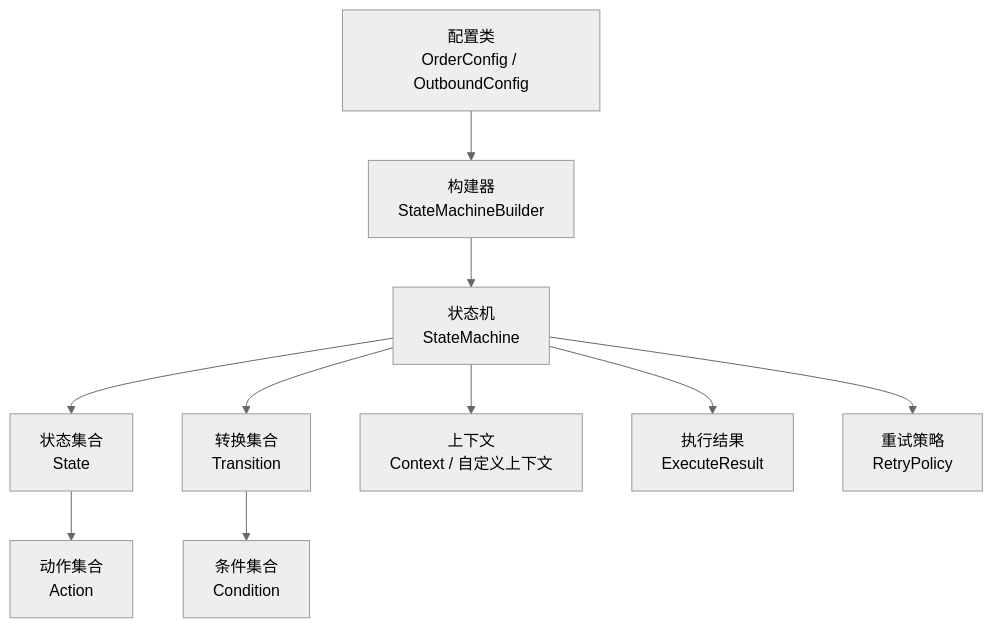
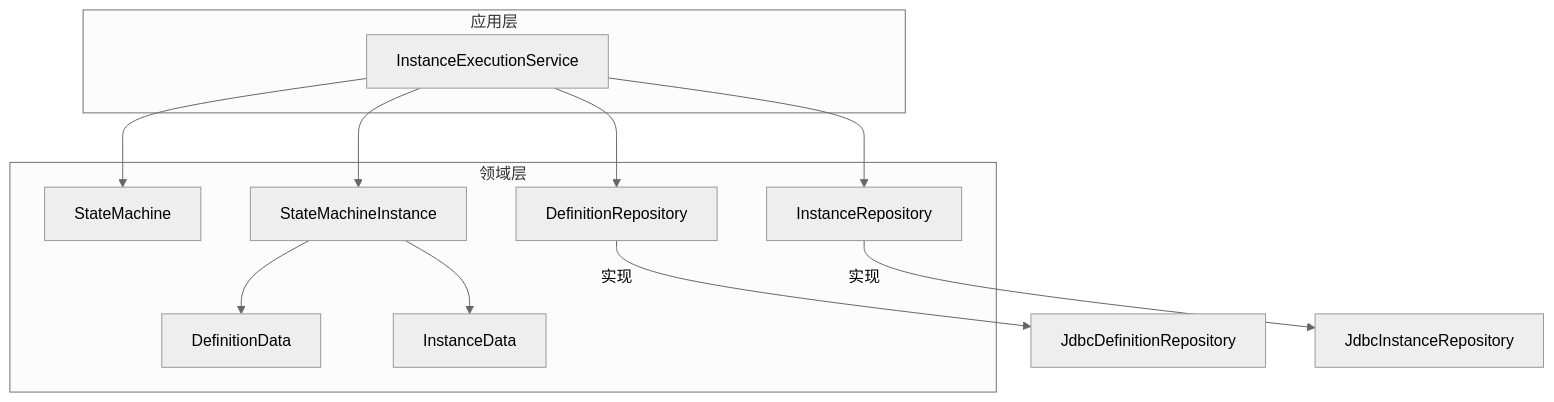
One commit to xiaoche80s-tech/state-machine-parent changed the second of 7 diagrams in .qoder/repowiki/zh/content/核心概念/核心概念.md. Above: the diagram before and after it, drawn with Mermaid (neutral theme). The commit also changed other lines of this file and 97 other files, not shown here.

````diff
--- a/.qoder/repowiki/zh/content/核心概念/核心概念.md
+++ b/.qoder/repowiki/zh/content/核心概念/核心概念.md
@@ -135,22 +116,22 @@
 ```mermaid
 graph TB
-CFG["配置类<br/>OrderConfig / OutboundConfig"]
-BUILDER["构建器<br/>StateMachineBuilder"]
-MACHINE["状态机<br/>StateMachine"]
-STATES["状态集合<br/>State"]
-TRANS["转换集合<br/>Transition"]
-CTX["上下文<br/>Context / 自定义上下文"]
-ACTS["动作集合<br/>Action"]
-CONDS["条件集合<br/>Condition"]
-RESULT["执行结果<br/>ExecuteResult"]
-RETRY["重试策略<br/>RetryPolicy"]
-CFG --> BUILDER
-BUILDER --> MACHINE
-MACHINE --> STATES
-MACHINE --> TRANS
-MACHINE --> CTX
-MACHINE --> RETRY
-STATES --> ACTS
-TRANS --> CONDS
-MACHINE --> RESULT
+subgraph "应用层"
+Svc["InstanceExecutionService"]
+end
+subgraph "领域层"
+SM["StateMachine"]
+Inst["StateMachineInstance"]
+DefData["DefinitionData"]
+InstData["InstanceData"]
+RepoDef["DefinitionRepository"]
+RepoInst["InstanceRepository"]
+end
+Svc --> SM
+Svc --> Inst
+Svc --> RepoDef
+Svc --> RepoInst
+Inst --> DefData
+Inst --> InstData
+RepoDef --> |"实现"| InfDef["JdbcDefinitionRepository"]
+RepoInst --> |"实现"| InfInst["JdbcInstanceRepository"]
 ```
````
